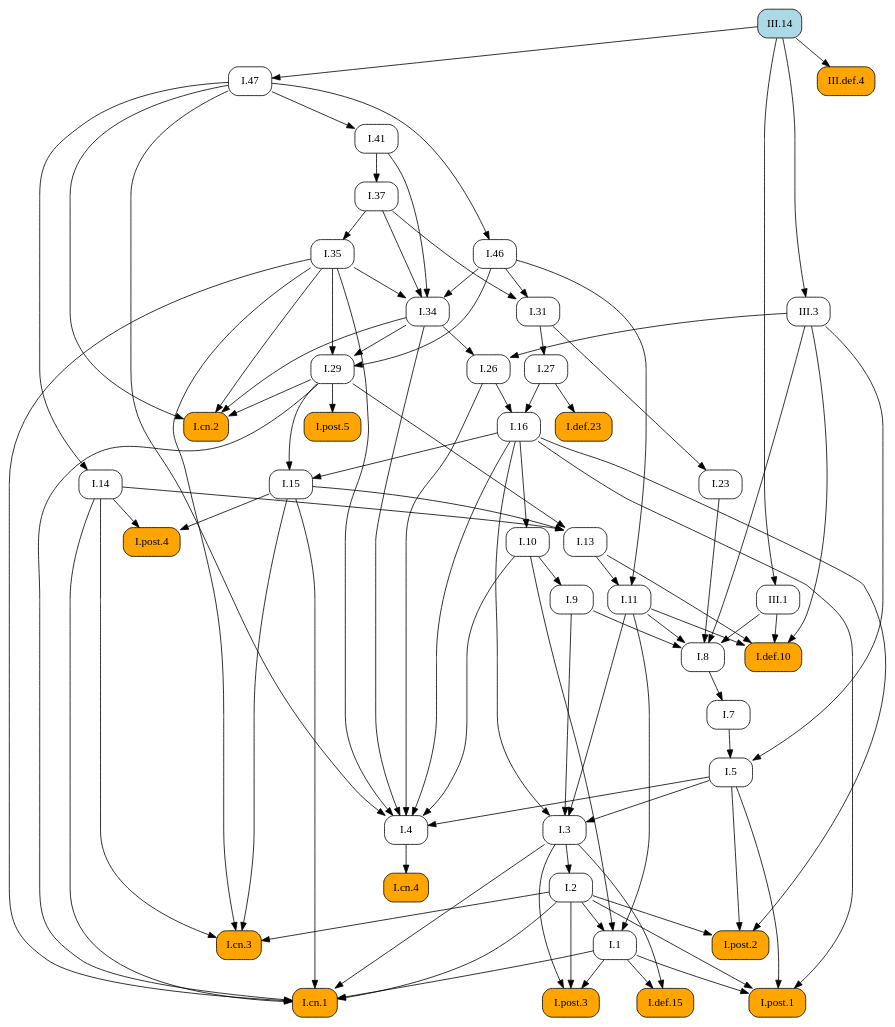
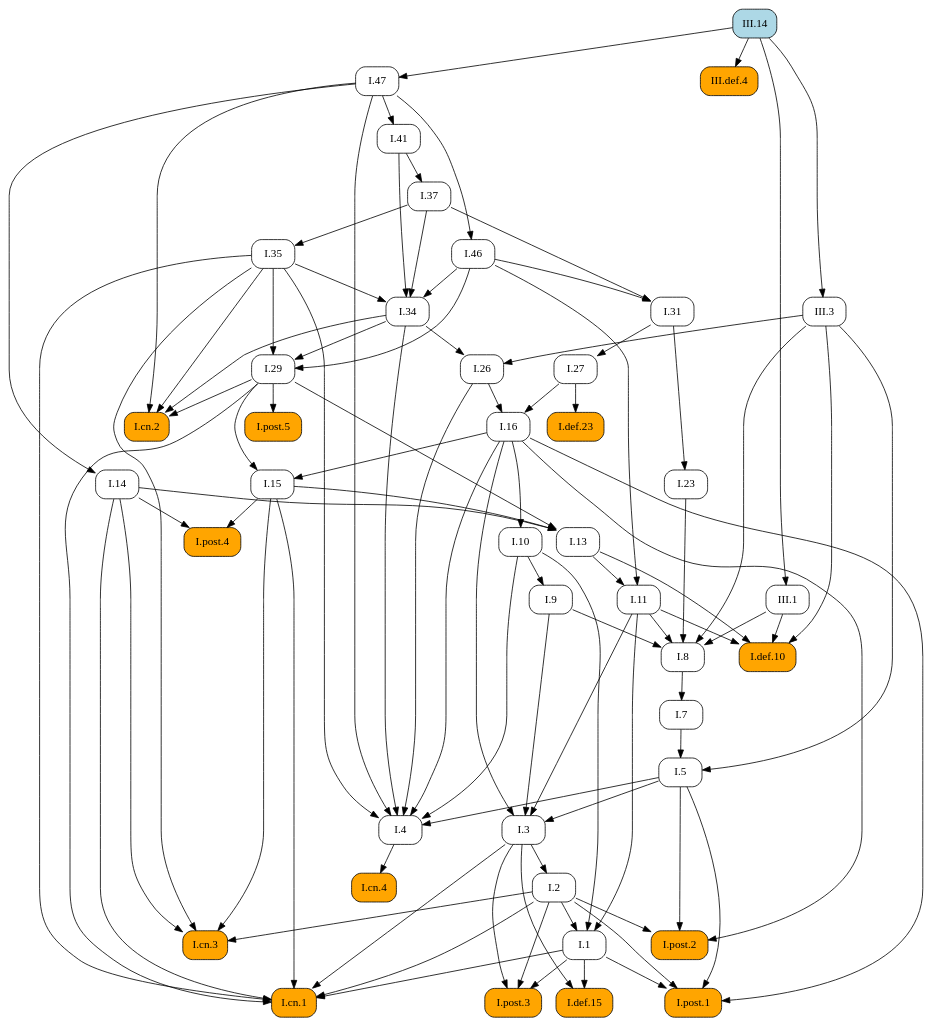
One commit to geometor/elements changed the diagram in docsrc/elements2/III/14/index.rst. Above: the diagram before and after it, drawn with Graphviz. The commit also changed other lines of this file and 171 other files, not shown here.

```diff
--- a/docsrc/elements2/III/14/index.rst
+++ b/docsrc/elements2/III/14/index.rst
@@ -120,81 +120,120 @@
    digraph {
      rankdir="TB";
      node [shape=box, style=rounded];
-     "I.37" [URL="/elements2/I/37/", target="_top"];
-     "I.def.10" [style="rounded,filled", fillcolor=orange, URL="/elements2/I/def.10/", target="_top"];
+     "I.8" [URL="/elements2/I/8/", target="_top"];
      "I.46" [URL="/elements2/I/46/", target="_top"];
      "I.47" [URL="/elements2/I/47/", target="_top"];
+     "I.14" [URL="/elements2/I/14/", target="_top"];
+     "III.def.4" [style="rounded,filled", fillcolor=orange, URL="/elements2/III/def.4/", target="_top"];
+     "I.post.1" [style="rounded,filled", fillcolor=orange, URL="/elements2/I/post.1/", target="_top"];
+     "I.5" [URL="/elements2/I/5/", target="_top"];
+     "I.post.5" [style="rounded,filled", fillcolor=orange, URL="/elements2/I/post.5/", target="_top"];
+     "I.def.10" [style="rounded,filled", fillcolor=orange, URL="/elements2/I/def.10/", target="_top"];
+     "III.3" [URL="/elements2/III/3/", target="_top"];
+     "I.cn.2" [style="rounded,filled", fillcolor=orange, URL="/elements2/I/cn.2/", target="_top"];
+     "I.def.15" [style="rounded,filled", fillcolor=orange, URL="/elements2/I/def.15/", target="_top"];
+     "I.31" [URL="/elements2/I/31/", target="_top"];
+     "I.11" [URL="/elements2/I/11/", target="_top"];
+     "I.3" [URL="/elements2/I/3/", target="_top"];
+     "I.post.2" [style="rounded,filled", fillcolor=orange, URL="/elements2/I/post.2/", target="_top"];
+     "I.def.23" [style="rounded,filled", fillcolor=orange, URL="/elements2/I/def.23/", target="_top"];
+     "I.26" [URL="/elements2/I/26/", target="_top"];
+     "I.cn.3" [style="rounded,filled", fillcolor=orange, URL="/elements2/I/cn.3/", target="_top"];
+     "I.cn.4" [style="rounded,filled", fillcolor=orange, URL="/elements2/I/cn.4/", target="_top"];
+     "I.1" [URL="/elements2/I/1/", target="_top"];
+     "I.7" [URL="/elements2/I/7/", target="_top"];
+     "I.9" [URL="/elements2/I/9/", target="_top"];
+     "I.cn.1" [style="rounded,filled", fillcolor=orange, URL="/elements2/I/cn.1/", target="_top"];
+     "I.29" [URL="/elements2/I/29/", target="_top"];
+     "I.post.4" [style="rounded,filled", fillcolor=orange, URL="/elements2/I/post.4/", target="_top"];
+     "I.16" [URL="/elements2/I/16/", target="_top"];
+     "I.13" [URL="/elements2/I/13/", target="_top"];
+     "I.41" [URL="/elements2/I/41/", target="_top"];
+     "I.35" [URL="/elements2/I/35/", target="_top"];
+     "I.2" [URL="/elements2/I/2/", target="_top"];
+     "I.37" [URL="/elements2/I/37/", target="_top"];
+     "I.27" [URL="/elements2/I/27/", target="_top"];
+     "I.4" [URL="/elements2/I/4/", target="_top"];
+     "III.1" [URL="/elements2/III/1/", target="_top"];
+     "I.10" [URL="/elements2/I/10/", target="_top"];
+     "I.15" [URL="/elements2/I/15/", target="_top"];
      "I.34" [URL="/elements2/I/34/", target="_top"];
-     "I.cn.4" [style="rounded,filled", fillcolor=orange, URL="/elements2/I/cn.4/", target="_top"];
-     "I.def.15" [style="rounded,filled", fillcolor=orange, URL="/elements2/I/def.15/", target="_top"];
+     "I.23" [URL="/elements2/I/23/", target="_top"];
+     "III.14" [style="rounded,filled", fillcolor=lightblue, URL="/elements2/III/14/", target="_top"];
      "I.post.3" [style="rounded,filled", fillcolor=orange, URL="/elements2/I/post.3/", target="_top"];
-     "I.41" [URL="/elements2/I/41/", target="_top"];
-     "I.27" [URL="/elements2/I/27/", target="_top"];
-     "III.14" [style="rounded,filled", fillcolor=lightblue, URL="/elements2/III/14/", target="_top"];
-     "I.post.2" [style="rounded,filled", fillcolor=orange, URL="/elements2/I/post.2/", target="_top"];
-     "I.13" [URL="/elements2/I/13/", target="_top"];
-     "I.10" [URL="/elements2/I/10/", target="_top"];
-     "I.post.1" [style="rounded,filled", fillcolor=orange, URL="/elements2/I/post.1/", target="_top"];
-     "I.7" [URL="/elements2/I/7/", target="_top"];
-     "I.14" [URL="/elements2/I/14/", target="_top"];
-     "I.11" [URL="/elements2/I/11/", target="_top"];
-     "I.4" [URL="/elements2/I/4/", target="_top"];
-     "I.16" [URL="/elements2/I/16/", target="_top"];
-     "I.def.23" [style="rounded,filled", fillcolor=orange, URL="/elements2/I/def.23/", target="_top"];
-     "I.9" [URL="/elements2/I/9/", target="_top"];
-     "I.8" [URL="/elements2/I/8/", target="_top"];
-     "I.cn.2" [style="rounded,filled", fillcolor=orange, URL="/elements2/I/cn.2/", target="_top"];
-     "I.15" [URL="/elements2/I/15/", target="_top"];
-     "I.26" [URL="/elements2/I/26/", target="_top"];
-     "I.post.5" [style="rounded,filled", fillcolor=orange, URL="/elements2/I/post.5/", target="_top"];
-     "I.23" [URL="/elements2/I/23/", target="_top"];
-     "I.2" [URL="/elements2/I/2/", target="_top"];
-     "III.1" [URL="/elements2/III/1/", target="_top"];
-     "I.1" [URL="/elements2/I/1/", target="_top"];
-     "I.35" [URL="/elements2/I/35/", target="_top"];
-     "III.3" [URL="/elements2/III/3/", target="_top"];
-     "III.def.4" [style="rounded,filled", fillcolor=orange, URL="/elements2/III/def.4/", target="_top"];
-     "I.31" [URL="/elements2/I/31/", target="_top"];
-     "I.post.4" [style="rounded,filled", fillcolor=orange, URL="/elements2/I/post.4/", target="_top"];
-     "I.cn.1" [style="rounded,filled", fillcolor=orange, URL="/elements2/I/cn.1/", target="_top"];
-     "I.3" [URL="/elements2/I/3/", target="_top"];
-     "I.cn.3" [style="rounded,filled", fillcolor=orange, URL="/elements2/I/cn.3/", target="_top"];
-     "I.29" [URL="/elements2/I/29/", target="_top"];
-     "I.5" [URL="/elements2/I/5/", target="_top"];
-     "I.41" -> "I.37";
+     "I.9" -> "I.8";
+     "I.11" -> "I.8";
+     "I.23" -> "I.8";
+     "III.1" -> "I.8";
+     "III.3" -> "I.8";
+     "I.47" -> "I.46";
+     "III.14" -> "I.47";
+     "I.47" -> "I.14";
+     "III.14" -> "III.def.4";
+     "I.1" -> "I.post.1";
+     "I.2" -> "I.post.1";
+     "I.5" -> "I.post.1";
+     "I.16" -> "I.post.1";
+     "I.7" -> "I.5";
+     "III.3" -> "I.5";
+     "I.29" -> "I.post.5";
      "I.11" -> "I.def.10";
      "I.13" -> "I.def.10";
      "III.1" -> "I.def.10";
      "III.3" -> "I.def.10";
-     "I.47" -> "I.46";
-     "III.14" -> "I.47";
-     "I.35" -> "I.34";
-     "I.37" -> "I.34";
-     "I.41" -> "I.34";
-     "I.46" -> "I.34";
-     "I.4" -> "I.cn.4";
+     "III.14" -> "III.3";
+     "I.29" -> "I.cn.2";
+     "I.34" -> "I.cn.2";
+     "I.35" -> "I.cn.2";
+     "I.47" -> "I.cn.2";
      "I.1" -> "I.def.15";
      "I.3" -> "I.def.15";
-     "I.1" -> "I.post.3";
-     "I.2" -> "I.post.3";
-     "I.3" -> "I.post.3";
-     "I.47" -> "I.41";
-     "I.31" -> "I.27";
+     "I.37" -> "I.31";
+     "I.46" -> "I.31";
+     "I.13" -> "I.11";
+     "I.46" -> "I.11";
+     "I.5" -> "I.3";
+     "I.9" -> "I.3";
+     "I.11" -> "I.3";
+     "I.16" -> "I.3";
      "I.2" -> "I.post.2";
      "I.5" -> "I.post.2";
      "I.16" -> "I.post.2";
+     "I.27" -> "I.def.23";
+     "I.34" -> "I.26";
+     "III.3" -> "I.26";
+     "I.2" -> "I.cn.3";
+     "I.14" -> "I.cn.3";
+     "I.15" -> "I.cn.3";
+     "I.35" -> "I.cn.3";
+     "I.4" -> "I.cn.4";
+     "I.2" -> "I.1";
+     "I.10" -> "I.1";
+     "I.11" -> "I.1";
+     "I.8" -> "I.7";
+     "I.10" -> "I.9";
+     "I.1" -> "I.cn.1";
+     "I.2" -> "I.cn.1";
+     "I.3" -> "I.cn.1";
+     "I.14" -> "I.cn.1";
+     "I.15" -> "I.cn.1";
+     "I.29" -> "I.cn.1";
+     "I.35" -> "I.cn.1";
+     "I.34" -> "I.29";
+     "I.35" -> "I.29";
+     "I.46" -> "I.29";
+     "I.14" -> "I.post.4";
+     "I.15" -> "I.post.4";
+     "I.26" -> "I.16";
+     "I.27" -> "I.16";
      "I.14" -> "I.13";
      "I.15" -> "I.13";
      "I.29" -> "I.13";
-     "I.16" -> "I.10";
-     "I.1" -> "I.post.1";
-     "I.2" -> "I.post.1";
-     "I.5" -> "I.post.1";
-     "I.16" -> "I.post.1";
-     "I.8" -> "I.7";
-     "I.47" -> "I.14";
-     "I.13" -> "I.11";
-     "I.46" -> "I.11";
+     "I.47" -> "I.41";
+     "I.37" -> "I.35";
+     "I.3" -> "I.2";
+     "I.41" -> "I.37";
+     "I.31" -> "I.27";
      "I.5" -> "I.4";
      "I.10" -> "I.4";
      "I.16" -> "I.4";
@@ -202,55 +241,16 @@
      "I.34" -> "I.4";
      "I.35" -> "I.4";
      "I.47" -> "I.4";
-     "I.26" -> "I.16";
-     "I.27" -> "I.16";
-     "I.27" -> "I.def.23";
-     "I.10" -> "I.9";
-     "I.9" -> "I.8";
-     "I.11" -> "I.8";
-     "I.23" -> "I.8";
-     "III.1" -> "I.8";
-     "III.3" -> "I.8";
-     "I.29" -> "I.cn.2";
-     "I.34" -> "I.cn.2";
-     "I.35" -> "I.cn.2";
-     "I.47" -> "I.cn.2";
+     "III.14" -> "III.1";
+     "I.16" -> "I.10";
      "I.16" -> "I.15";
      "I.29" -> "I.15";
-     "I.34" -> "I.26";
-     "III.3" -> "I.26";
-     "I.29" -> "I.post.5";
+     "I.35" -> "I.34";
+     "I.37" -> "I.34";
+     "I.41" -> "I.34";
+     "I.46" -> "I.34";
      "I.31" -> "I.23";
-     "I.3" -> "I.2";
-     "III.14" -> "III.1";
-     "I.2" -> "I.1";
-     "I.10" -> "I.1";
-     "I.11" -> "I.1";
-     "I.37" -> "I.35";
-     "III.14" -> "III.3";
-     "III.14" -> "III.def.4";
-     "I.37" -> "I.31";
-     "I.46" -> "I.31";
-     "I.14" -> "I.post.4";
-     "I.15" -> "I.post.4";
-     "I.1" -> "I.cn.1";
-     "I.2" -> "I.cn.1";
-     "I.3" -> "I.cn.1";
-     "I.14" -> "I.cn.1";
-     "I.15" -> "I.cn.1";
-     "I.29" -> "I.cn.1";
-     "I.35" -> "I.cn.1";
-     "I.5" -> "I.3";
-     "I.9" -> "I.3";
-     "I.11" -> "I.3";
-     "I.16" -> "I.3";
-     "I.2" -> "I.cn.3";
-     "I.14" -> "I.cn.3";
-     "I.15" -> "I.cn.3";
-     "I.35" -> "I.cn.3";
-     "I.34" -> "I.29";
-     "I.35" -> "I.29";
-     "I.46" -> "I.29";
-     "I.7" -> "I.5";
-     "III.3" -> "I.5";
+     "I.1" -> "I.post.3";
+     "I.2" -> "I.post.3";
+     "I.3" -> "I.post.3";
    }
```
